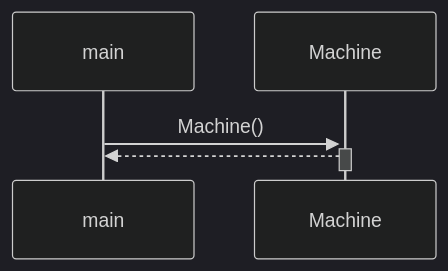
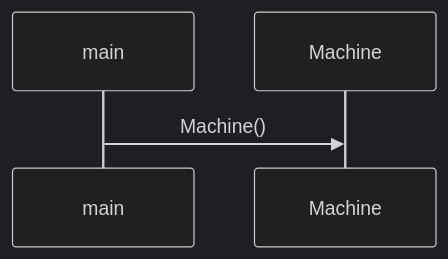
Before and after one commit to VehvilainenPooki/OTProjekti: the third of 3 diagrams in laskarit/viikko3/UML.md, drawn with Mermaid (dark theme).

````diff
--- a/laskarit/viikko3/UML.md
+++ b/laskarit/viikko3/UML.md
@@ -95,5 +95,4 @@
 ```mermaid
  sequenceDiagram
-      main->>+Machine: Machine()
-      Machine-->>-main:  
+      main->>Machine: Machine()  
 ``` 
````
